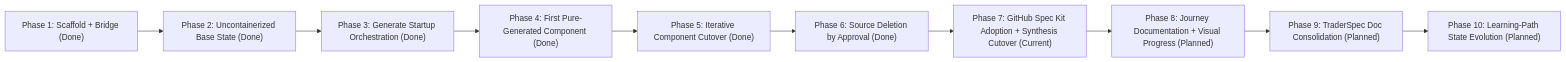
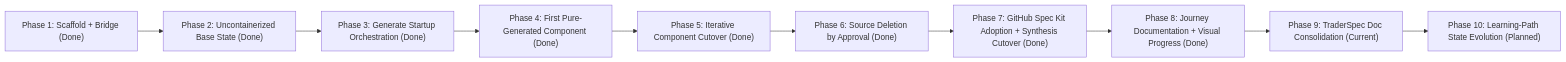
Before and after one commit to finos/traderX: the diagram in TraderSpec/migration-todo.md, drawn with Mermaid. The commit also changed other lines of this file and 1 other file, not shown here.

Commit message:
docs(traderspec): close phase 8 migration evidence

````diff
--- a/TraderSpec/migration-todo.md
+++ b/TraderSpec/migration-todo.md
@@ -104,12 +104,12 @@
 ```mermaid
 flowchart LR
   P1["Phase 1: Scaffold + Bridge (Done)"] --> P2["Phase 2: Uncontainerized Base State (Done)"]
   P2 --> P3["Phase 3: Generate Startup Orchestration (Done)"]
   P3 --> P4["Phase 4: First Pure-Generated Component (Done)"]
   P4 --> P5["Phase 5: Iterative Component Cutover (Done)"]
   P5 --> P6["Phase 6: Source Deletion by Approval (Done)"]
-  P6 --> P7["Phase 7: GitHub Spec Kit Adoption + Synthesis Cutover (Current)"]
-  P7 --> P8["Phase 8: Journey Documentation + Visual Progress (Planned)"]
-  P8 --> P9["Phase 9: TraderSpec Doc Consolidation (Planned)"]
+  P6 --> P7["Phase 7: GitHub Spec Kit Adoption + Synthesis Cutover (Done)"]
+  P7 --> P8["Phase 8: Journey Documentation + Visual Progress (Done)"]
+  P8 --> P9["Phase 9: TraderSpec Doc Consolidation (Current)"]
   P9 --> P10["Phase 10: Learning-Path State Evolution (Planned)"]
 ```
````
